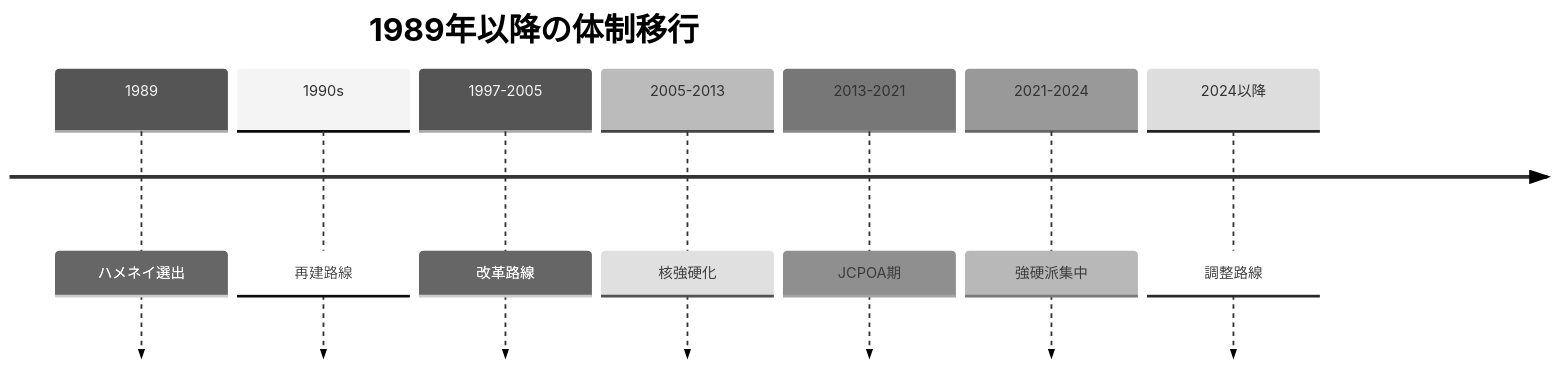
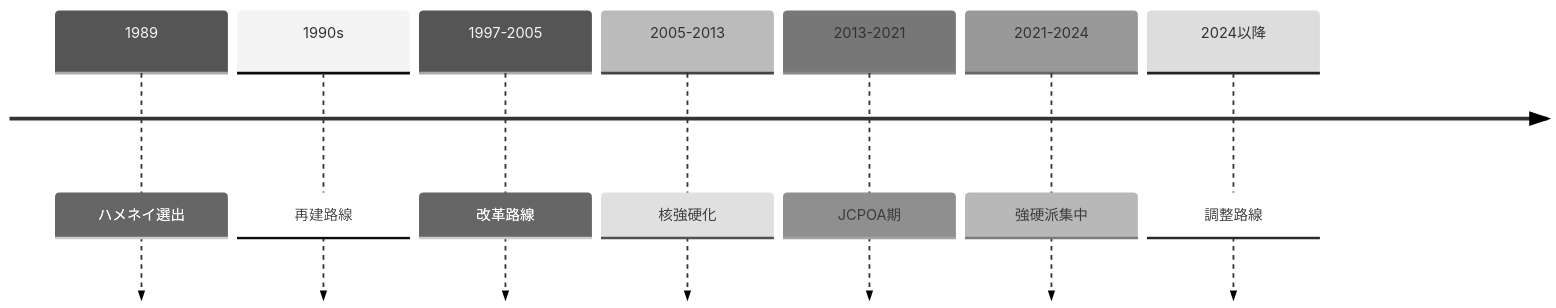
Before and after one commit to daylight55/research: the first of 3 diagrams in articles/report/khomeini-to-khamenei-transition/ja/index.mdx, drawn with Mermaid (neutral theme). The commit also changed other lines of this file and 181 other files, not shown here.

First line of the commit message:
全記事の図解368点を再生成し、共通注意書きを削除 (#402)

````diff
--- a/articles/report/khomeini-to-khamenei-transition/ja/index.mdx
+++ b/articles/report/khomeini-to-khamenei-transition/ja/index.mdx
@@ -29,11 +29,14 @@
 ```mermaid
 timeline
-    title 1989年以降の体制移行
+  accTitle: イラン指導者継承後の政権路線の変化
+  accDescr: 1989年の指導者交代と、その後の大統領ごとの再建・改革・核交渉路線を区別する。
+  accTitle: イラン指導者継承後の政権路線の変化
+  accDescr: 1989年の指導者交代と、その後の大統領ごとの再建・改革・核交渉路線を区別する。
     1989 : ハメネイ選出
     1990s : 再建路線
     1997-2005 : 改革路線
     2005-2013 : 核強硬化
     2013-2021 : JCPOA期
     2021-2024 : 強硬派集中
     2024以降 : 調整路線
 ```
````
